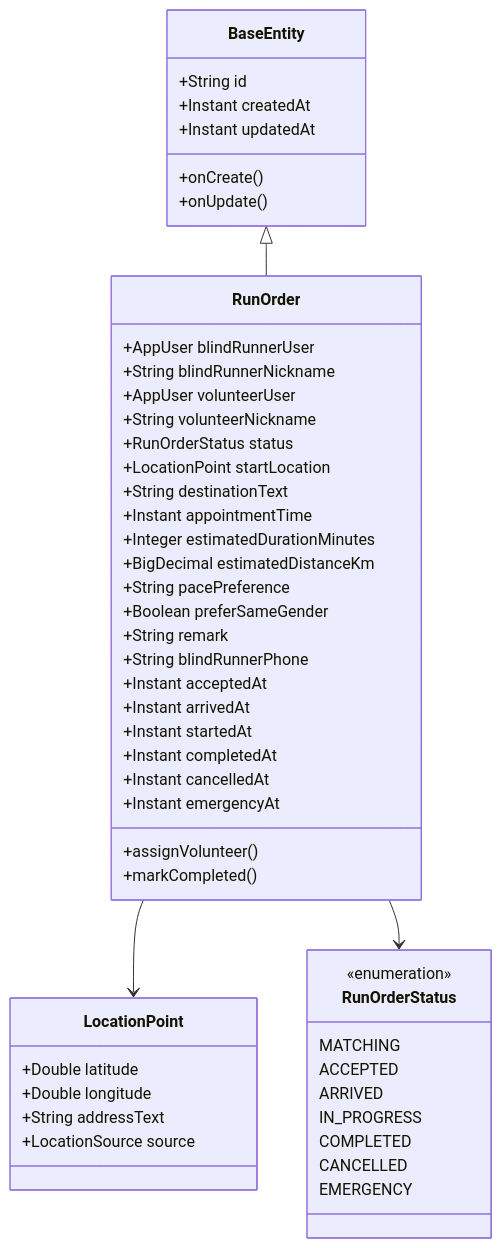
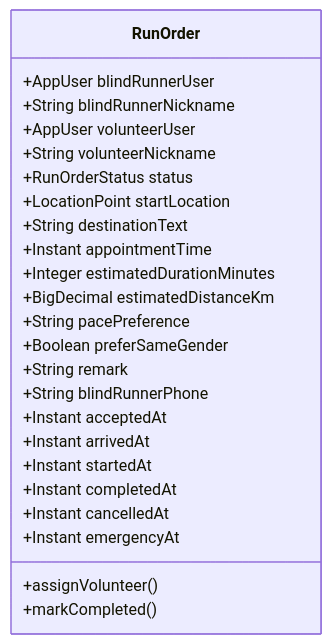
One commit to Jayden23018/blind-run-ios changed the third of 8 diagrams in .qoder/repowiki/zh/content/API 接口文档/订单管理接口/订单管理接口.md. Above: the diagram before and after it, drawn with Mermaid. The commit also changed other lines of this file and 29 other files, not shown here.

Commit message:
Update test accounts and cloud E2E flow

````diff
--- a/.qoder/repowiki/zh/content/API 接口文档/订单管理接口/订单管理接口.md
+++ b/.qoder/repowiki/zh/content/API 接口文档/订单管理接口/订单管理接口.md
@@ -169,53 +137,27 @@
 ```mermaid
 classDiagram
-class BaseEntity {
-+String id
-+Instant createdAt
-+Instant updatedAt
-+onCreate()
-+onUpdate()
-}
 class RunOrder {
 +AppUser blindRunnerUser
 +String blindRunnerNickname
 +AppUser volunteerUser
 +String volunteerNickname
 +RunOrderStatus status
 +LocationPoint startLocation
 +String destinationText
 +Instant appointmentTime
 +Integer estimatedDurationMinutes
 +BigDecimal estimatedDistanceKm
 +String pacePreference
 +Boolean preferSameGender
 +String remark
 +String blindRunnerPhone
 +Instant acceptedAt
 +Instant arrivedAt
 +Instant startedAt
 +Instant completedAt
 +Instant cancelledAt
 +Instant emergencyAt
 +assignVolunteer()
 +markCompleted()
 }
-class LocationPoint {
-+Double latitude
-+Double longitude
-+String addressText
-+LocationSource source
-}
-class RunOrderStatus {
-<<enumeration>>
-MATCHING
-ACCEPTED
-ARRIVED
-IN_PROGRESS
-COMPLETED
-CANCELLED
-EMERGENCY
-}
-BaseEntity <|-- RunOrder
-RunOrder --> LocationPoint
-RunOrder --> RunOrderStatus
 ```
````
